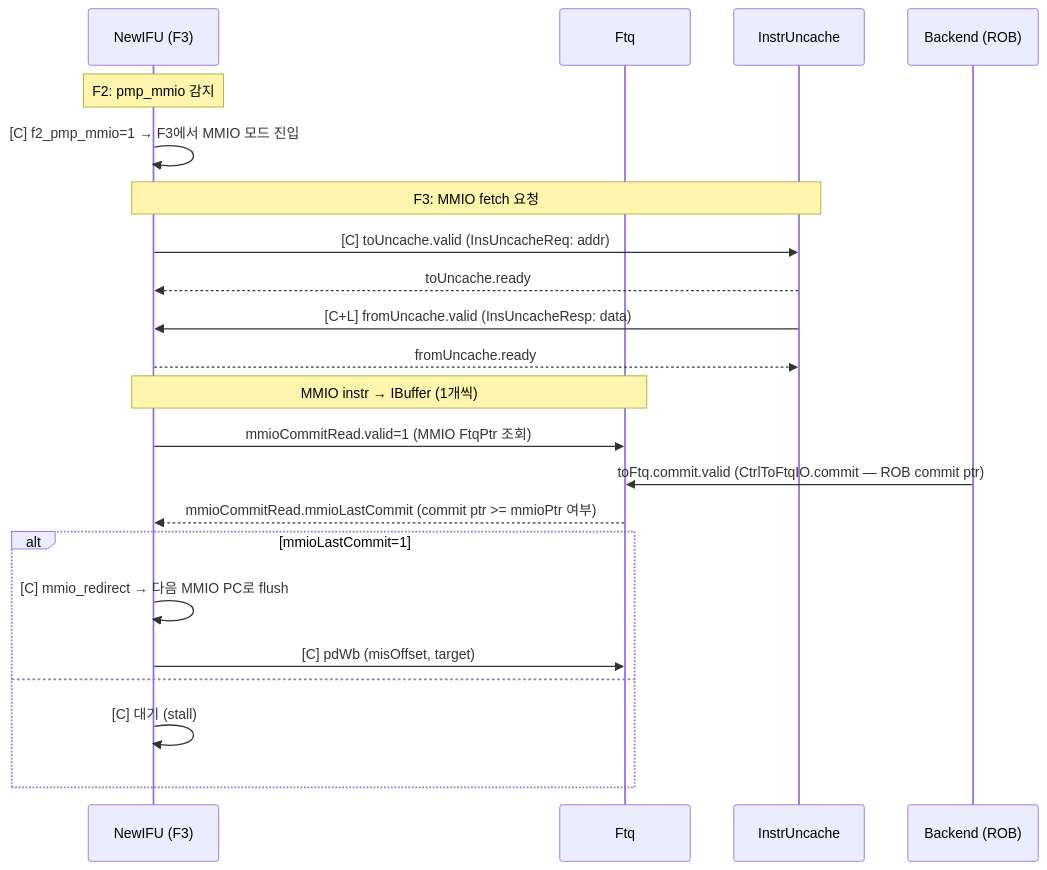
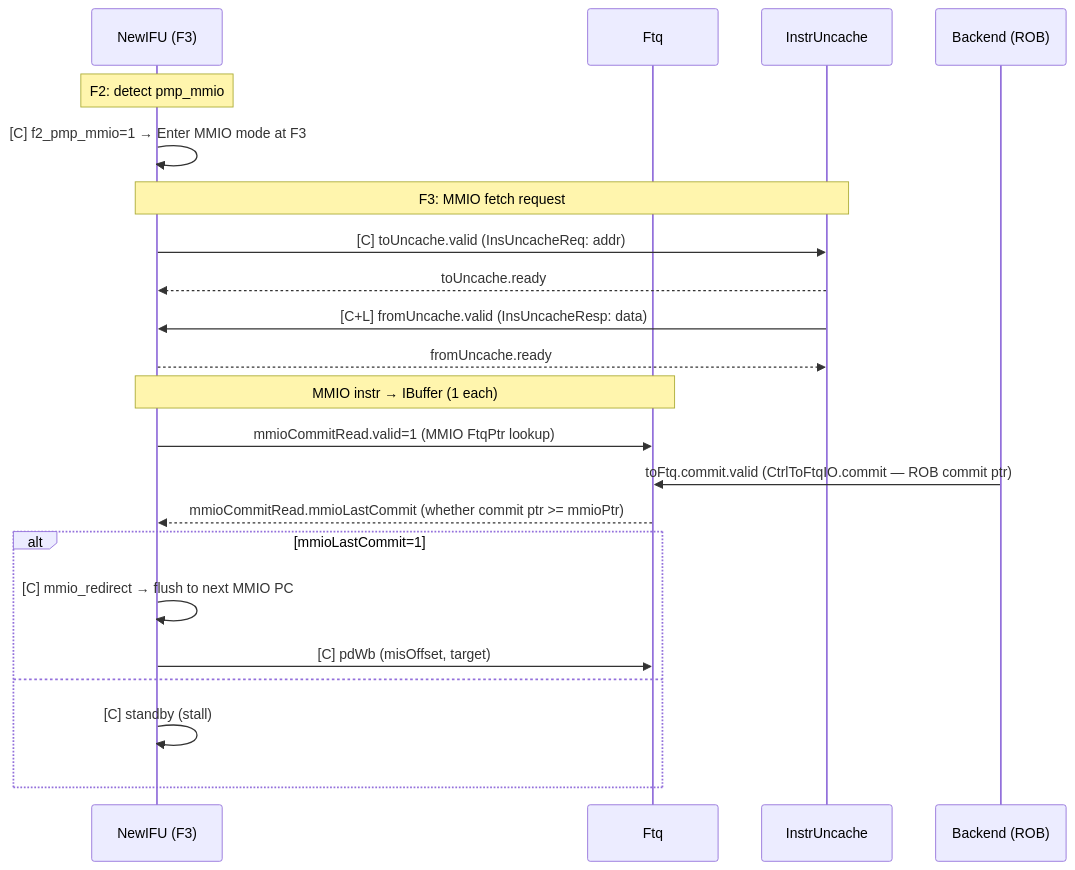
Before and after one commit to cinkeun/CPU_XS_02172026: the seventh of 7 diagrams in src/main/scala/xiangshan/frontend/doc/frontend_in_out_seq_diagram.md, drawn with Mermaid. The commit also changed other lines of this file and 15 other files, not shown here.

````diff
--- a/src/main/scala/xiangshan/frontend/doc/frontend_in_out_seq_diagram.md
+++ b/src/main/scala/xiangshan/frontend/doc/frontend_in_out_seq_diagram.md
@@ -323,28 +323,28 @@
 ```mermaid
 sequenceDiagram
   participant IFU as NewIFU (F3)
   participant FTQ as Ftq
   participant UC  as InstrUncache
   participant BE  as Backend (ROB)
 
-  Note over IFU: F2: pmp_mmio 감지
-  IFU->>IFU: [C] f2_pmp_mmio=1 → F3에서 MMIO 모드 진입
+Note over IFU: F2: detect pmp_mmio
+IFU->>IFU: [C] f2_pmp_mmio=1 → Enter MMIO mode at F3
 
-  Note over IFU,UC: F3: MMIO fetch 요청
+Note over IFU,UC: F3: MMIO fetch request
   IFU->>UC: [C] toUncache.valid (InsUncacheReq: addr)
   UC-->>IFU: toUncache.ready
   UC->>IFU: [C+L] fromUncache.valid (InsUncacheResp: data)
   IFU-->>UC: fromUncache.ready
 
-  Note over IFU,FTQ: MMIO instr → IBuffer (1개씩)
-  IFU->>FTQ: mmioCommitRead.valid=1 (MMIO FtqPtr 조회)
+Note over IFU,FTQ: MMIO instr → IBuffer (1 each)
+IFU->>FTQ: mmioCommitRead.valid=1 (MMIO FtqPtr lookup)
   BE->>FTQ: toFtq.commit.valid (CtrlToFtqIO.commit — ROB commit ptr)
-  FTQ-->>IFU: mmioCommitRead.mmioLastCommit (commit ptr >= mmioPtr 여부)
+FTQ-->>IFU: mmioCommitRead.mmioLastCommit (whether commit ptr >= mmioPtr)
 
   alt mmioLastCommit=1
-    IFU->>IFU: [C] mmio_redirect → 다음 MMIO PC로 flush
+IFU->>IFU: [C] mmio_redirect → flush to next MMIO PC
     IFU->>FTQ: [C] pdWb (misOffset, target)
   else
-    IFU->>IFU: [C] 대기 (stall)
+IFU->>IFU: [C] standby (stall)
   end
 ```
````
